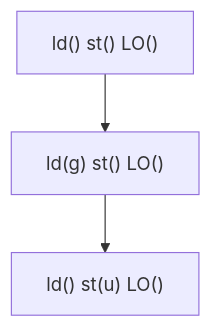
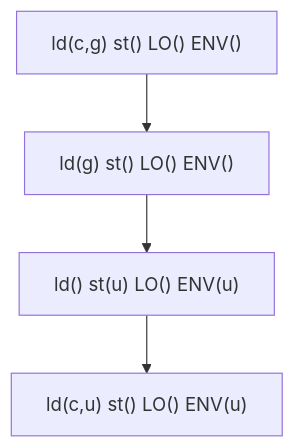
Before and after one commit to Yosshi999/ARCGolfVisualizer: the fourth of 5 diagrams in zlib_optimizer/graph.md, drawn with Mermaid. The commit also changed other lines of this file and 1 other file, not shown here.

````diff
--- a/zlib_optimizer/graph.md
+++ b/zlib_optimizer/graph.md
@@ -51,8 +54,10 @@
 ```mermaid
 graph TB
-  N2209906901328["ld() st() LO()"]
-  N2209906901328 --> N2209906903184
-  N2209906903184["ld(g) st() LO()"]
-  N2209906903184 --> N2209906901136
-  N2209906901136["ld() st(u) LO()"]
+  N1886106574672["ld(c,g) st() LO() ENV()"]
+  N1886106574672 --> N1886106576592
+  N1886106576592["ld(g) st() LO() ENV()"]
+  N1886106576592 --> N1886106577040
+  N1886106577040["ld() st(u) LO() ENV(u)"]
+  N1886106577040 --> N1886095222864
+  N1886095222864["ld(c,u) st() LO() ENV(u)"]
 ```
````
